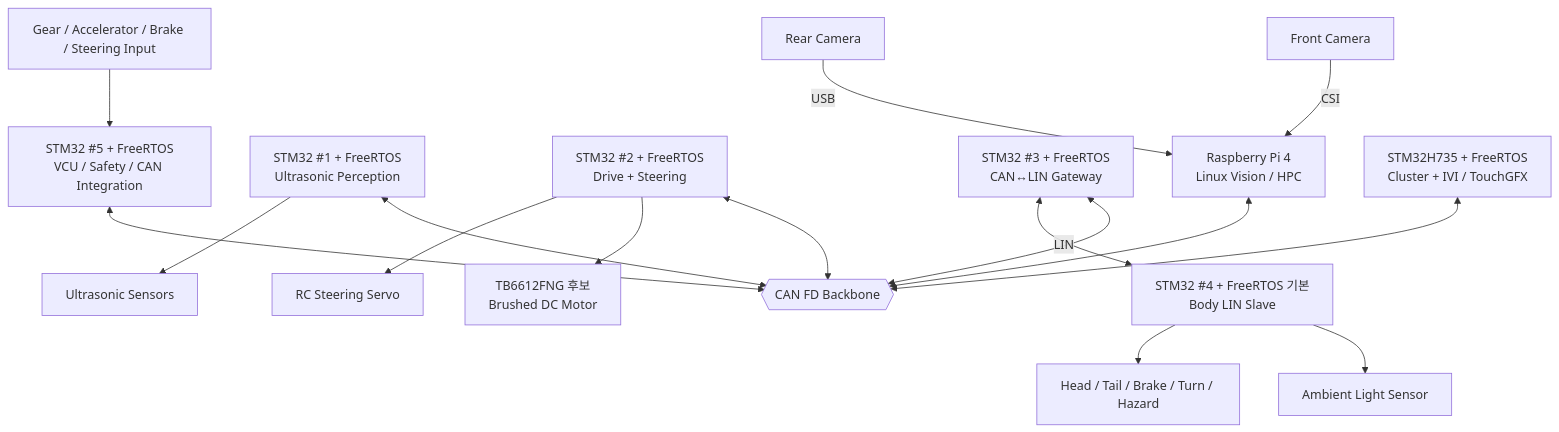
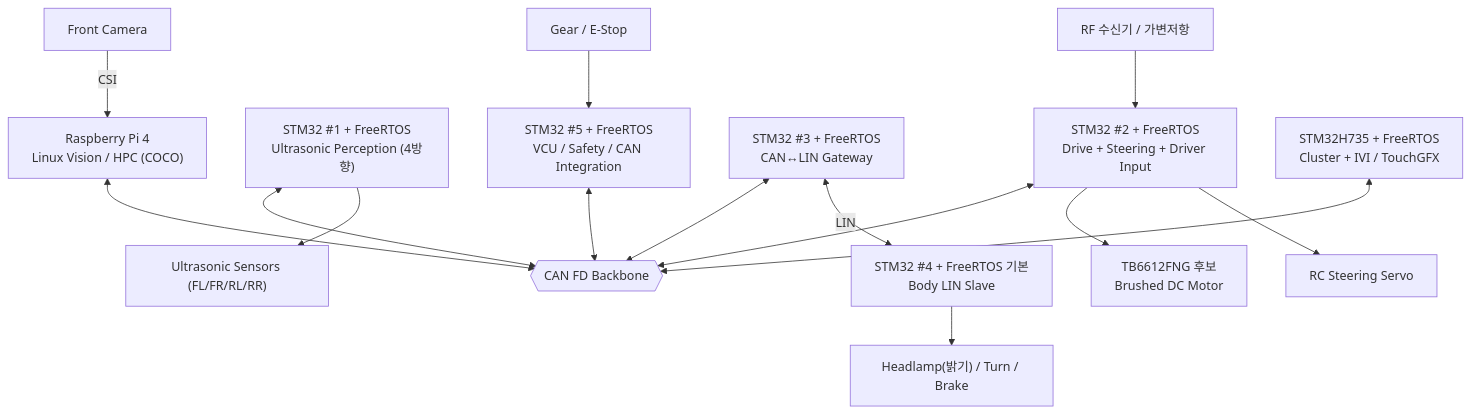
One commit to sunmaan22/SDV_MCU_Project changed the second of 2 diagrams in docs/overview/PROJECT_OVERVIEW.md. Above: the diagram before and after it, drawn with Mermaid. The commit also changed other lines of this file and 28 other files, not shown here.

````diff
--- a/docs/overview/PROJECT_OVERVIEW.md
+++ b/docs/overview/PROJECT_OVERVIEW.md
@@ -180,24 +180,23 @@
 ```mermaid
 flowchart TB
-    FCAM["Front Camera"] -->|CSI| HPC["Raspberry Pi 4\nLinux Vision / HPC"]
-    RCAM["Rear Camera"] -->|USB| HPC
+    FCAM["Front Camera"] -->|CSI| HPC["Raspberry Pi 4\nLinux Vision / HPC (COCO)"]
 
     CAN{{"CAN FD Backbone"}}
     HPC <--> CAN
 
-    USS["STM32 #1 + FreeRTOS\nUltrasonic Perception"] <--> CAN
-    DRIVE["STM32 #2 + FreeRTOS\nDrive + Steering"] <--> CAN
+    USS["STM32 #1 + FreeRTOS\nUltrasonic Perception (4방향)"] <--> CAN
+    DRIVE["STM32 #2 + FreeRTOS\nDrive + Steering + Driver Input"] <--> CAN
     GW["STM32 #3 + FreeRTOS\nCAN↔LIN Gateway"] <--> CAN
     VCU["STM32 #5 + FreeRTOS\nVCU / Safety / CAN Integration"] <--> CAN
     COCKPIT["STM32H735 + FreeRTOS\nCluster + IVI / TouchGFX"] <--> CAN
 
-    USS --> US["Ultrasonic Sensors"]
+    USS --> US["Ultrasonic Sensors (FL/FR/RL/RR)"]
     DRIVE --> TB["TB6612FNG 후보\nBrushed DC Motor"]
     DRIVE --> SERVO["RC Steering Servo"]
+    DRIVERIN["RF 수신기 / 가변저항"] --> DRIVE
 
     GW <-->|LIN| BODY["STM32 #4 + FreeRTOS 기본\nBody LIN Slave"]
-    BODY --> ALS["Ambient Light Sensor"]
-    BODY --> LIGHT["Head / Tail / Brake / Turn / Hazard"]
+    BODY --> LIGHT["Headlamp(밝기) / Turn / Brake"]
 
-    DRIVER["Gear / Accelerator / Brake / Steering Input"] --> VCU
+    GEAR["Gear / E-Stop"] --> VCU
 ```
````
